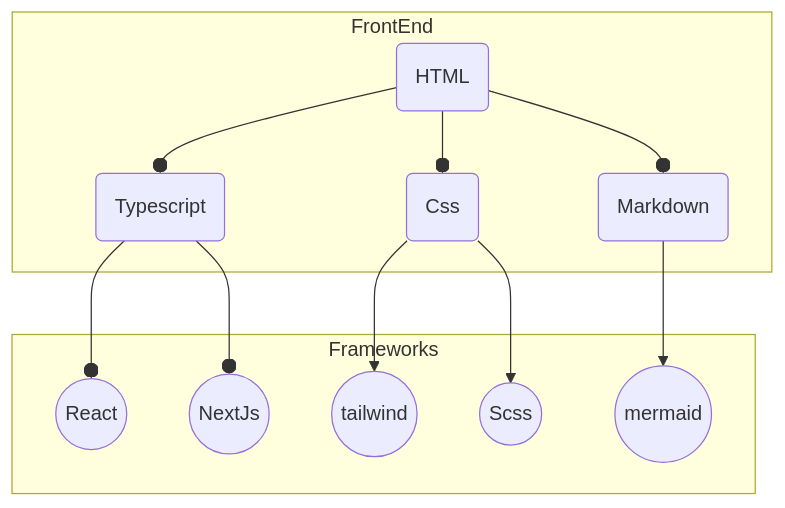
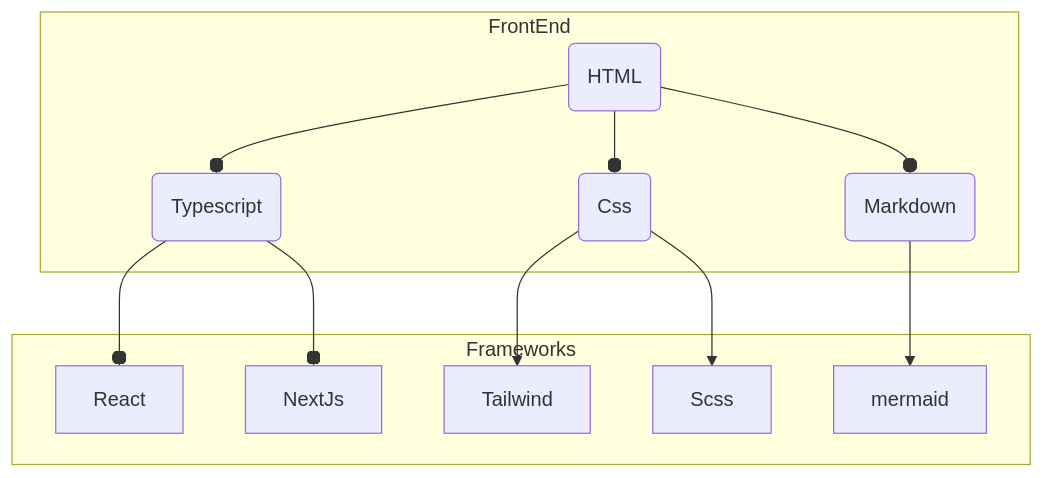
Before and after one commit to ricardoiso/ricardoiso: the first of 3 diagrams in README.md, drawn with Mermaid. The commit also changed other lines of this file, not shown here.

Commit message:
add tools to backend graph

````diff
--- a/README.md
+++ b/README.md
@@ -29,33 +29,33 @@
 ```mermaid
 flowchart 
 f1(HTML)
 f2(Css)
 f3(Typescript)
 f4(Markdown)
-fw1((React))
-fw2((NextJs))
-fw4((tailwind))
-fw5((Scss))
-fw6((mermaid))
+fw1[React]
+fw2[NextJs]
+fw4[Tailwind]
+fw5[Scss]
+fw6[mermaid]
  subgraph Frameworks 
 fw1
 fw2
 fw4
 fw5
 fw6
  end
   subgraph  FrontEnd 
  f1
  f2
  f3
  f4
  end  
  f1 --o f2
  f1 --o f3
  f1 --o f4
  f2 --> fw4
  f2 --> fw5
  f3 --o fw1
  f3 --o fw2
  f4 --> fw6
  ```
````
